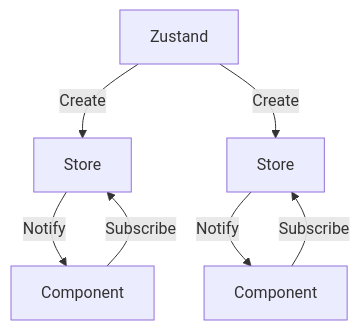
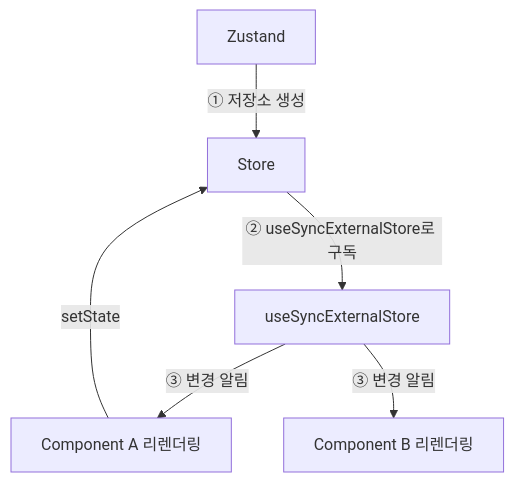
Before and after one commit to doputer/dohyeon-nextjs-mdx-blog: the diagram in contents/create-state-store/index.mdx, drawn with Mermaid.

Commit message:
feat: Zustand 동작 방식 다이어그램 재작성
저장소가 2개로 그려져 본문과 어긋나고 useSyncExternalStore가 빠져 있었음
저장소 1개에 구독자 2개가 붙는 구조로 변경함

```diff
--- a/contents/create-state-store/index.mdx
+++ b/contents/create-state-store/index.mdx
@@ -27,12 +27,10 @@
 :::mermaid
 
 flowchart TD
-A["Zustand"] -->|Create| B["Store"]
-B -->|Notify| C["Component"]
-C -->|Subscribe| B
-
-A["Zustand"] -->|Create| D["Store"]
-D -->|Notify| E["Component"]
-E -->|Subscribe| D
+Zustand["Zustand"] -->|"① 저장소 생성"| Store["Store"]
+Store -->|"② useSyncExternalStore로 구독"| Hook["useSyncExternalStore"]
+Hook -->|"③ 변경 알림"| A["Component A 리렌더링"]
+Hook -->|"③ 변경 알림"| B["Component B 리렌더링"]
+A -->|"setState"| Store
 
 :::
```
